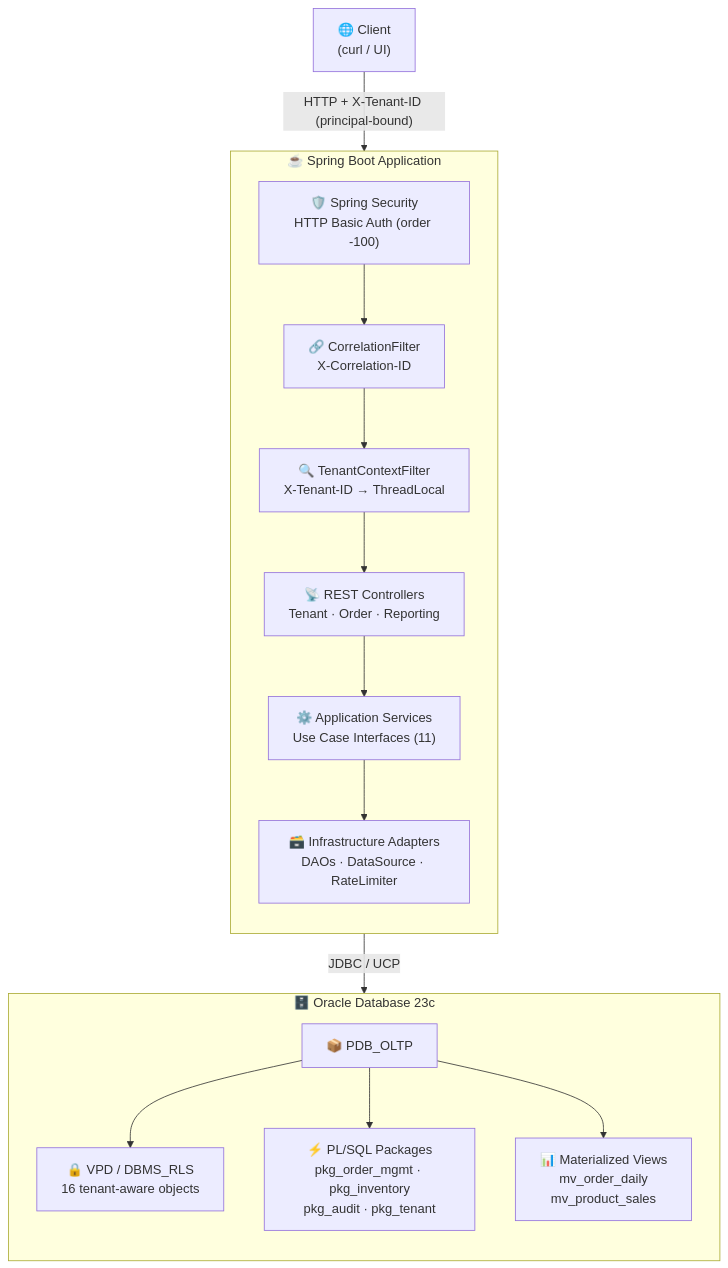
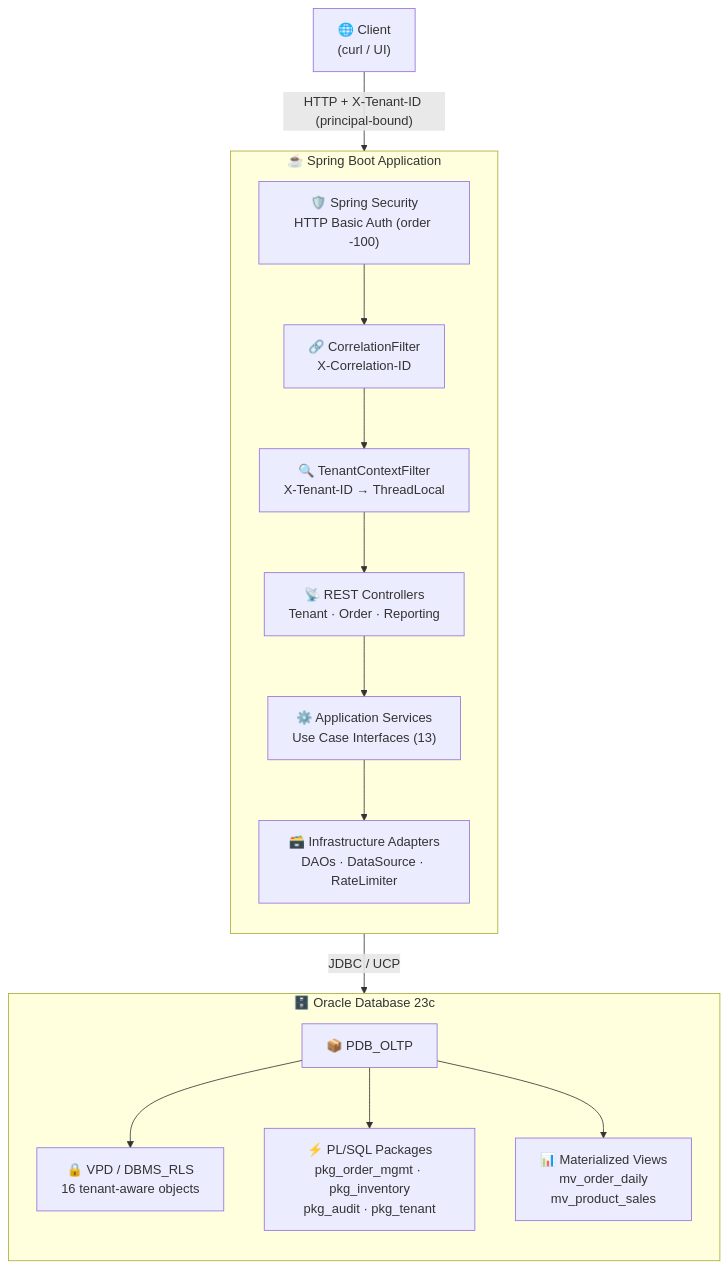
One commit to sergio11/oracle_multitenant_order_management_poc changed the first of 8 diagrams in README.md. Above: the diagram before and after it, drawn with Mermaid. The commit also changed other lines of this file and 7 other files, not shown here.

````diff
--- a/README.md
+++ b/README.md
@@ -30,34 +30,34 @@
 ```mermaid
 graph TB
     Client["🌐 Client<br/>(curl / UI)"]
 
     subgraph SpringBoot["☕ Spring Boot Application"]
         direction TB
         Security["🛡️ Spring Security<br/>HTTP Basic Auth (order -100)"]
         CorrelationFilter["🔗 CorrelationFilter<br/>X-Correlation-ID"]
         TenantFilter["🔍 TenantContextFilter<br/>X-Tenant-ID → ThreadLocal"]
 
         Controllers["📡 REST Controllers<br/>Tenant · Order · Reporting"]
-        Services["⚙️ Application Services<br/>Use Case Interfaces (11)"]
+        Services["⚙️ Application Services<br/>Use Case Interfaces (13)"]
         Adapters["🗃️ Infrastructure Adapters<br/>DAOs · DataSource · RateLimiter"]
     end
 
     subgraph Oracle["🗄️ Oracle Database 23c"]
         direction TB
         PDB["📦 PDB_OLTP"]
         VPD["🔒 VPD / DBMS_RLS<br/>16 tenant-aware objects"]
         PLSQL["⚡ PL/SQL Packages<br/>pkg_order_mgmt · pkg_inventory<br/>pkg_audit · pkg_tenant"]
         MV["📊 Materialized Views<br/>mv_order_daily<br/>mv_product_sales"]
     end
 
     Client -->|"HTTP + X-Tenant-ID (principal-bound)"| Security
     Security --> CorrelationFilter
     CorrelationFilter --> TenantFilter
     TenantFilter --> Controllers
     Controllers --> Services
     Services --> Adapters
     Adapters -->|"JDBC / UCP"| PDB
     PDB --> VPD
     PDB --> PLSQL
     PDB --> MV
 ```
````
